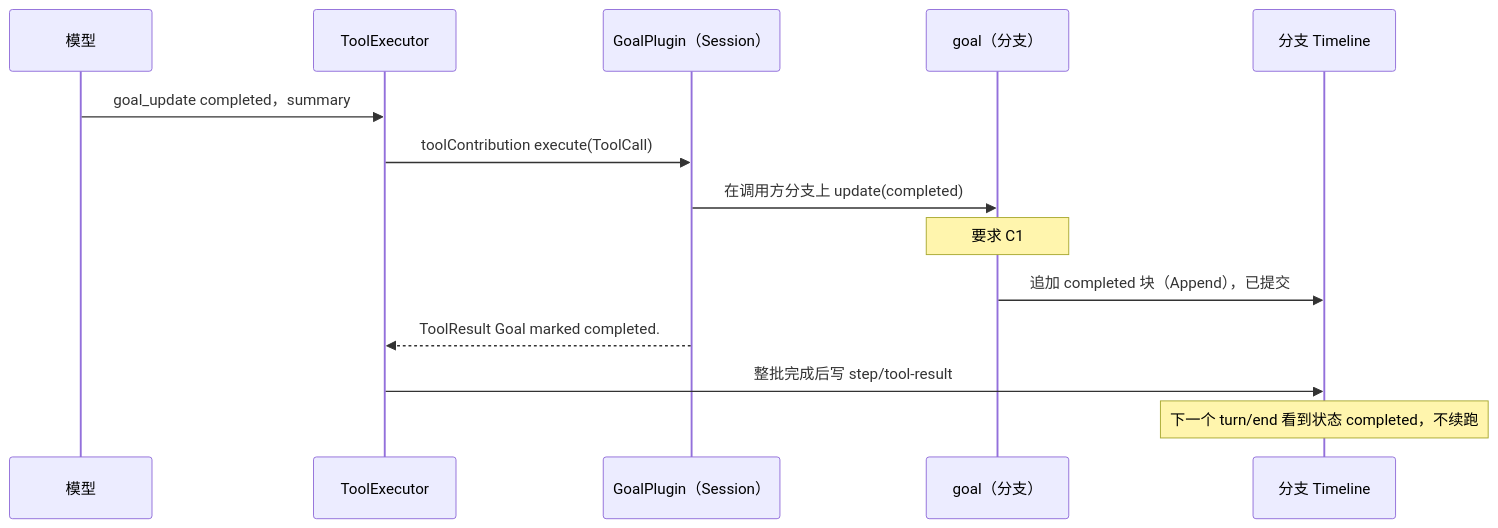
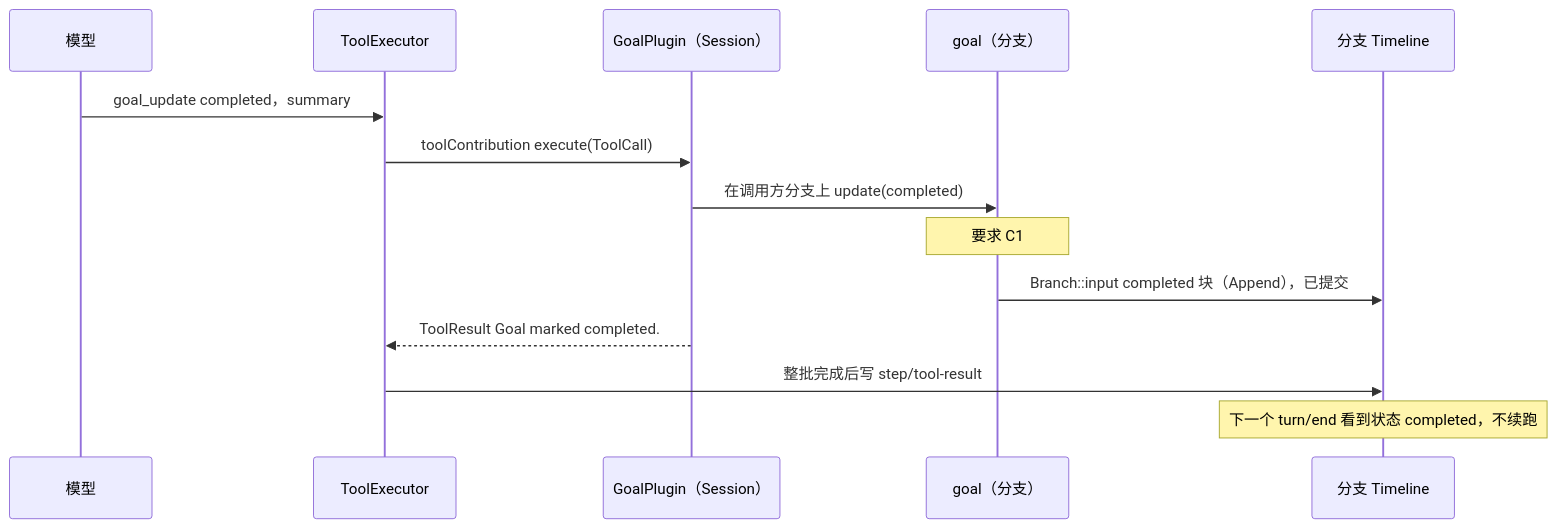
One commit to CoutinhoTTS/dim-agent changed the fourth of 6 diagrams in docs/zh/design/plugins/Goal.md. Above: the diagram before and after it, drawn with Mermaid. The commit also changed other lines of this file and 42 other files, not shown here.

````diff
--- a/docs/zh/design/plugins/Goal.md
+++ b/docs/zh/design/plugins/Goal.md
@@ -108,16 +108,16 @@
 ```mermaid
 sequenceDiagram
   participant Model as 模型
   participant TE as ToolExecutor
   participant GS as GoalPlugin（Session）
   participant G as goal（分支）
   participant TL as 分支 Timeline
   Model->>TE: goal_update completed，summary
   TE->>GS: toolContribution execute(ToolCall)
   GS->>G: 在调用方分支上 update(completed)
   Note over G: 要求 C1
-  G->>TL: 追加 completed 块（Append），已提交
+  G->>TL: Branch::input completed 块（Append），已提交
   GS-->>TE: ToolResult Goal marked completed.
   TE->>TL: 整批完成后写 step/tool-result
   Note over TL: 下一个 turn/end 看到状态 completed，不续跑
 ```
````
